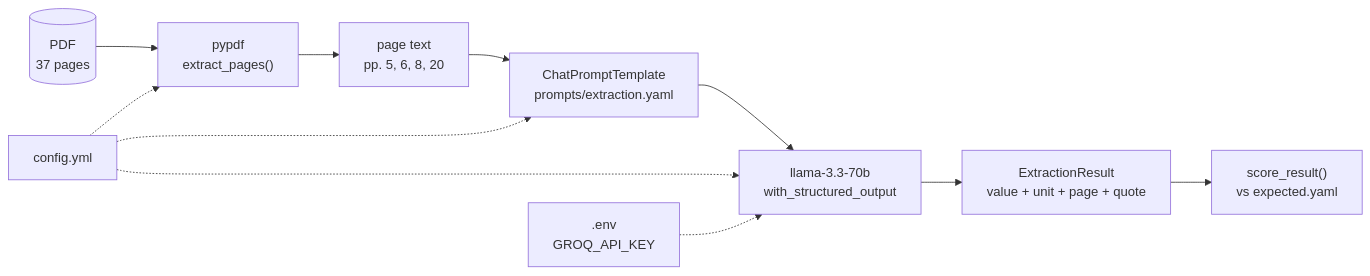
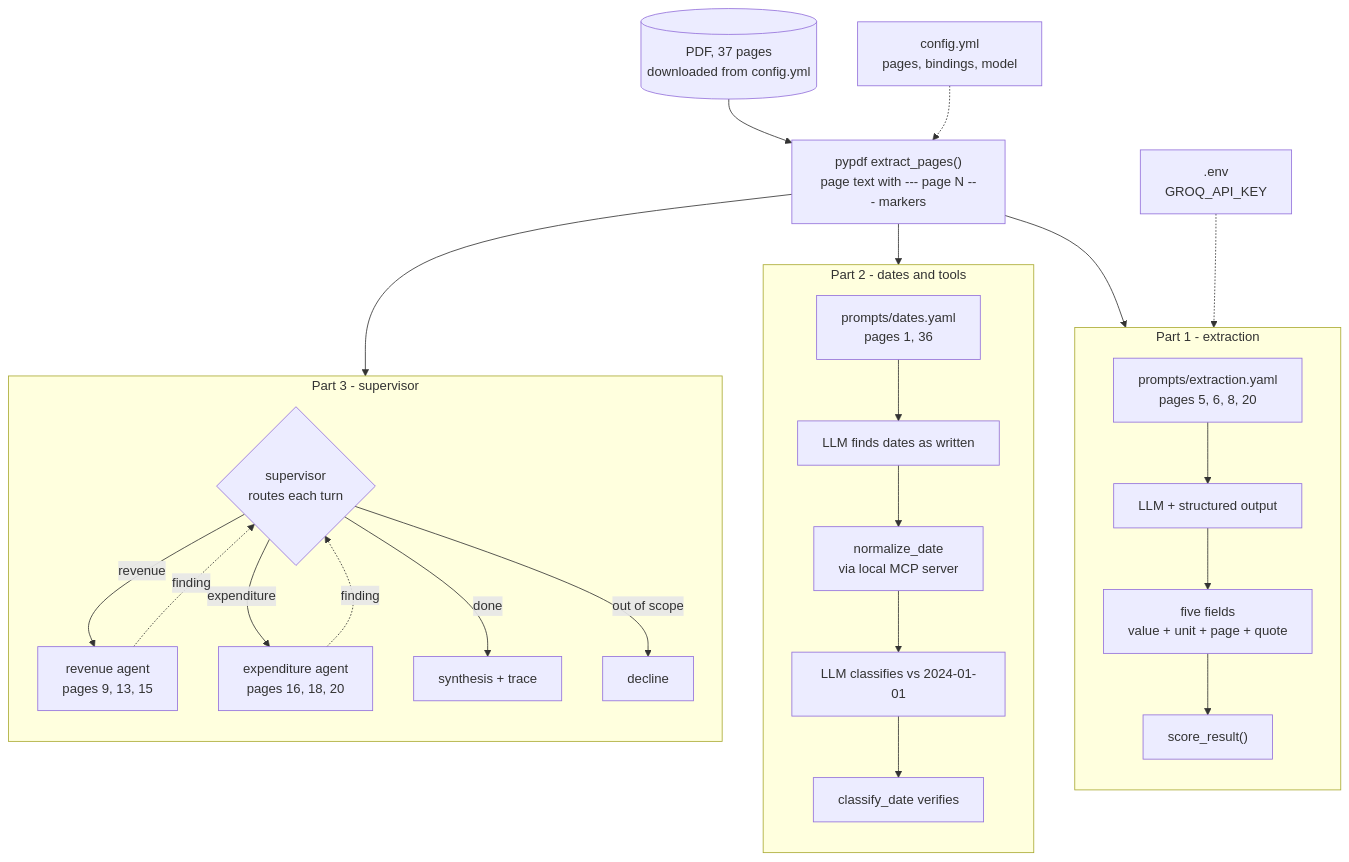
One commit to thepetitegirl/structural-extanalyzer changed the diagram in README.md. Above: the diagram before and after it, drawn with Mermaid. The commit also changed other lines of this file, not shown here.

````diff
--- a/README.md
+++ b/README.md
@@ -9,14 +9,41 @@
 ```mermaid
-flowchart LR
-    PDF[("PDF<br/>37 pages")] --> P["pypdf<br/>extract_pages()"]
-    P --> T["page text<br/>pp. 5, 6, 8, 20"]
-    T --> C["ChatPromptTemplate<br/>prompts/extraction.yaml"]
-    C --> L["llama-3.3-70b<br/>with_structured_output"]
-    L --> R["ExtractionResult<br/>value + unit + page + quote"]
-    R --> E["score_result()<br/>vs expected.yaml"]
+flowchart TD
+    PDF[("PDF, 37 pages<br/>downloaded from config.yml")]
 
-    CFG["config.yml"] -.-> P
-    CFG -.-> C
-    CFG -.-> L
-    ENV[".env<br/>GROQ_API_KEY"] -.-> L
+    PDF --> PARSE["pypdf extract_pages()<br/>page text with --- page N --- markers"]
+
+    subgraph P1["Part 1 - extraction"]
+        direction TB
+        P1P["prompts/extraction.yaml<br/>pages 5, 6, 8, 20"]
+        P1P --> P1L["LLM + structured output"]
+        P1L --> P1R["five fields<br/>value + unit + page + quote"]
+        P1R --> P1S["score_result()"]
+    end
+
+    subgraph P2["Part 2 - dates and tools"]
+        direction TB
+        P2P["prompts/dates.yaml<br/>pages 1, 36"]
+        P2P --> P2F["LLM finds dates as written"]
+        P2F --> P2N["normalize_date<br/>via local MCP server"]
+        P2N --> P2C["LLM classifies vs 2024-01-01"]
+        P2C --> P2V["classify_date verifies"]
+    end
+
+    subgraph P3["Part 3 - supervisor"]
+        direction TB
+        P3S{"supervisor<br/>routes each turn"}
+        P3S -->|revenue| P3R["revenue agent<br/>pages 9, 13, 15"]
+        P3S -->|expenditure| P3E["expenditure agent<br/>pages 16, 18, 20"]
+        P3R -.->|finding| P3S
+        P3E -.->|finding| P3S
+        P3S -->|done| P3Y["synthesis + trace"]
+        P3S -->|out of scope| P3D["decline"]
+    end
+
+    PARSE --> P1P
+    PARSE --> P2P
+    PARSE --> P3S
+
+    CFG["config.yml<br/>pages, bindings, model"] -.-> PARSE
+    ENV[".env<br/>GROQ_API_KEY"] -.-> P1L
 ```
````
